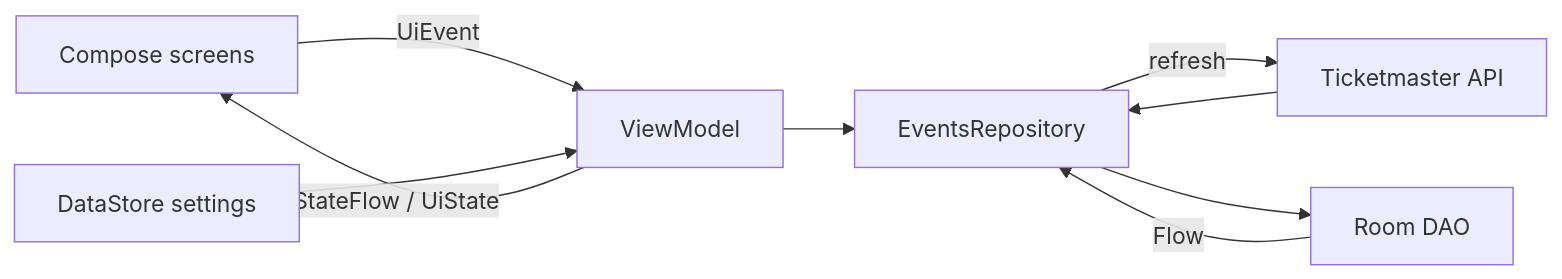
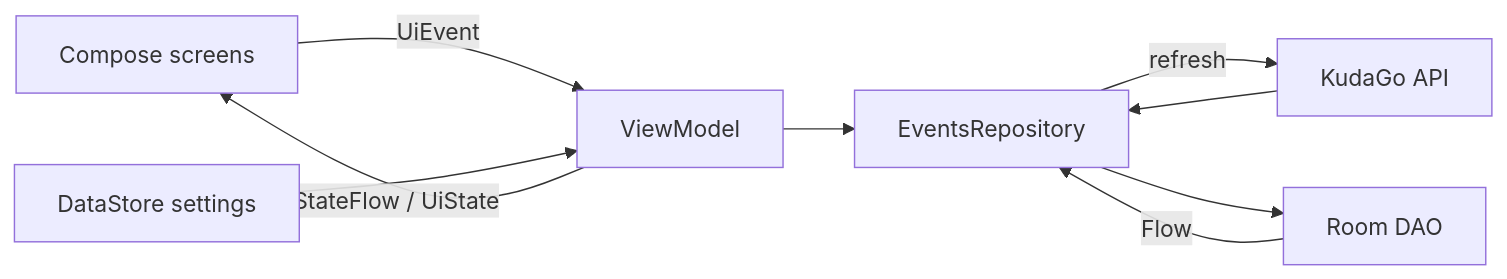
The diagram in README.md (AbdulGus/kotin-kt), drawn with Mermaid before and after one commit. The commit also changed other lines of this file and 2 other files, not shown here.

Commit message:
docs: refresh Russian design and screenshots

````diff
--- a/README.md
+++ b/README.md
@@ -31,11 +31,11 @@
 ```mermaid
 flowchart LR
     UI[Compose screens] -->|UiEvent| VM[ViewModel]
     VM -->|StateFlow / UiState| UI
     VM --> R[EventsRepository]
-    R -->|refresh| API[Ticketmaster API]
+    R -->|refresh| API[KudaGo API]
     API --> R
     R --> DAO[Room DAO]
     DAO -->|Flow| R
     DS[DataStore settings] --> VM
 ```
````
